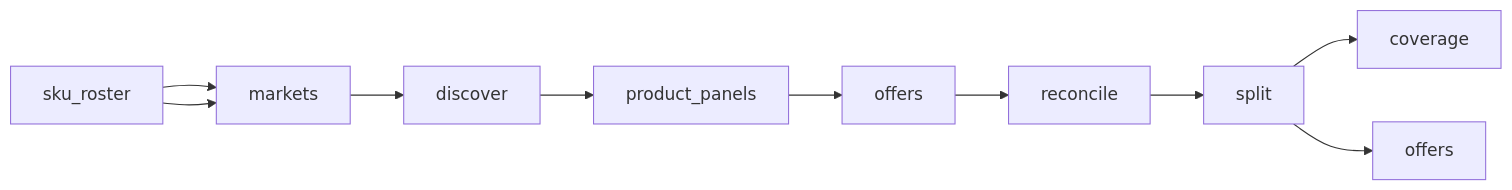
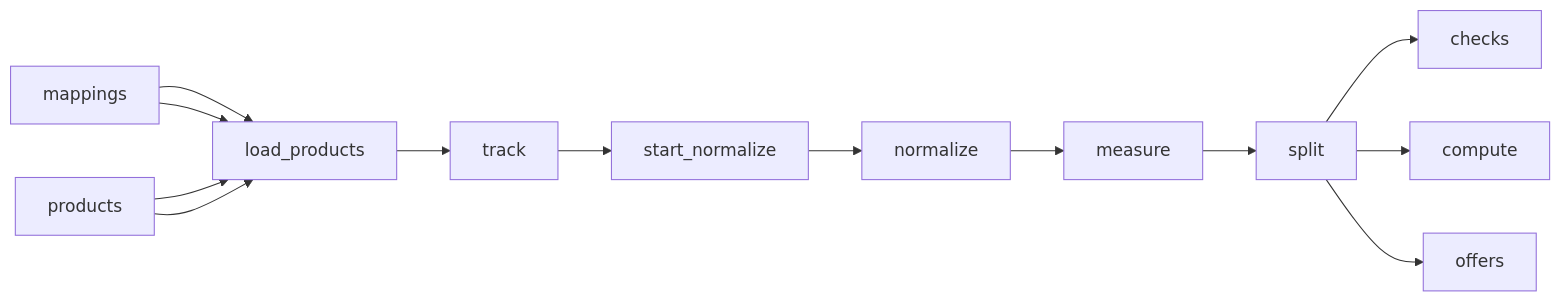
The diagram in datasets/feedance-google-shopping-competitor-prices-b7971db4006b/README.md (jsonifyco/public-datasets), drawn with Mermaid before and after one commit. The commit also changed other lines of this file and 12 other files, not shown here.

````diff
--- a/datasets/feedance-google-shopping-competitor-prices-b7971db4006b/README.md
+++ b/datasets/feedance-google-shopping-competitor-prices-b7971db4006b/README.md
@@ -101,21 +235,26 @@
 ```mermaid
 flowchart LR
-  n0["sku#95;roster"]
-  n1["markets"]
-  n2["discover"]
-  n3["product#95;panels"]
-  n4["offers"]
-  n5["reconcile"]
-  n6["split"]
-  n7["offers"]
-  n8["coverage"]
-  n1 --> n2
+  n0["mappings"]
+  n1["products"]
+  n2["load#95;products"]
+  n3["track"]
+  n4["start#95;normalize"]
+  n5["normalize"]
+  n6["measure"]
+  n7["split"]
+  n8["offers"]
+  n9["checks"]
+  n10["compute"]
   n2 --> n3
   n3 --> n4
   n4 --> n5
   n5 --> n6
-  n0 --> n1
-  n6 --> n8
   n6 --> n7
-  n0 --> n1
+  n0 --> n2
+  n1 --> n2
+  n7 --> n9
+  n7 --> n10
+  n7 --> n8
+  n0 --> n2
+  n1 --> n2
 ```
````
